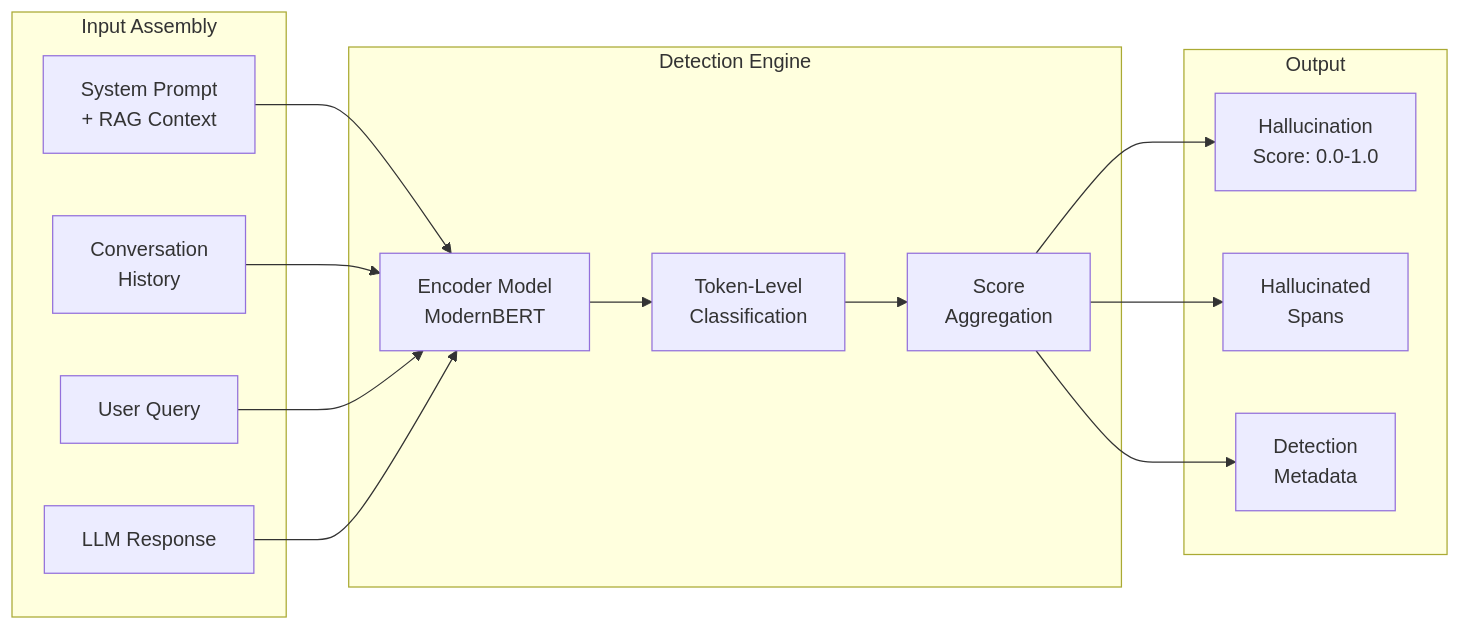
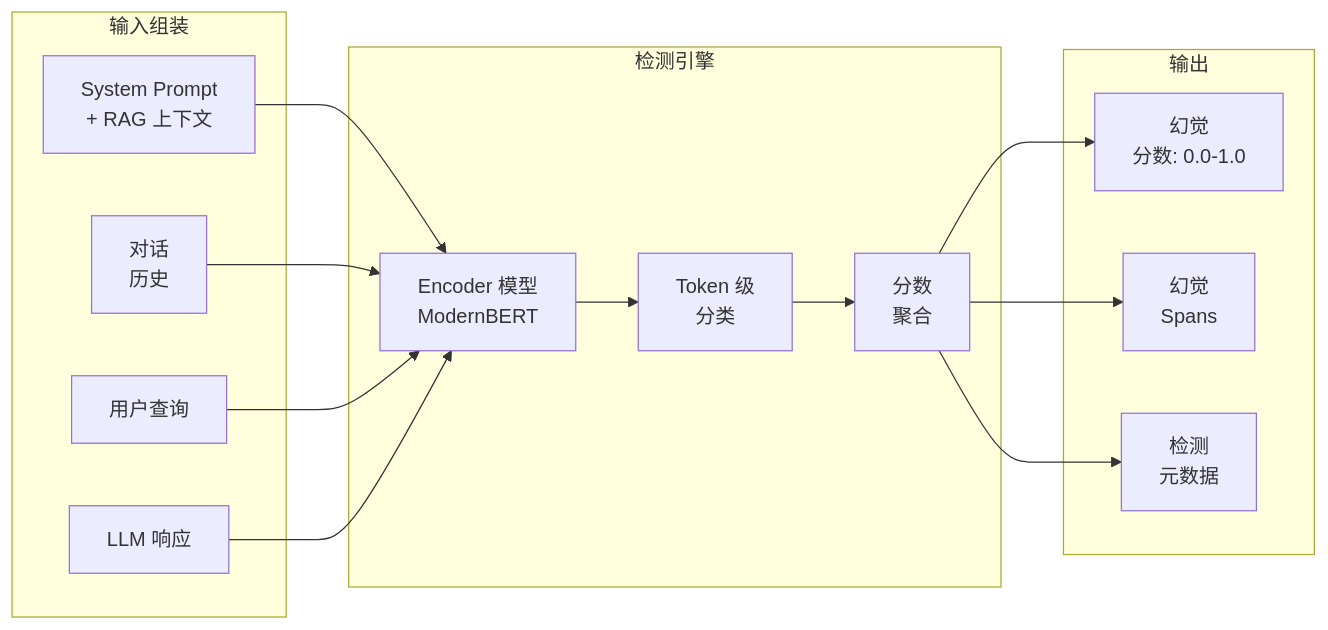
One commit to vllm-project/semantic-router changed the eighth of 14 diagrams in website/i18n/zh-Hans/docusaurus-plugin-content-docs/current/proposals/hallucination-mitigation-milestone.md. Above: the diagram before and after it, drawn with Mermaid. The commit also changed other lines of this file and 7 other files, not shown here.

````diff
--- a/website/i18n/zh-Hans/docusaurus-plugin-content-docs/current/proposals/hallucination-mitigation-milestone.md
+++ b/website/i18n/zh-Hans/docusaurus-plugin-content-docs/current/proposals/hallucination-mitigation-milestone.md
@@ -694,32 +702,32 @@
 ```mermaid
 flowchart LR
-    subgraph "Input Assembly"
-        SYS[System Prompt<br/>+ RAG Context]
-        HIST[Conversation<br/>History]
-        QUERY[User Query]
-        RESP[LLM Response]
+    subgraph "输入组装"
+        SYS[System Prompt<br/>+ RAG 上下文]
+        HIST[对话<br/>历史]
+        QUERY[用户查询]
+        RESP[LLM 响应]
     end
 
-    subgraph "Detection Engine"
-        ENCODE[Encoder Model<br/>ModernBERT]
-        TOKEN[Token-Level<br/>Classification]
-        AGG[Score<br/>Aggregation]
+    subgraph "检测引擎"
+        ENCODE[Encoder 模型<br/>ModernBERT]
+        TOKEN[Token 级<br/>分类]
+        AGG[分数<br/>聚合]
     end
 
-    subgraph "Output"
-        SCORE[Hallucination<br/>Score: 0.0-1.0]
-        SPANS[Hallucinated<br/>Spans]
-        META[Detection<br/>Metadata]
+    subgraph "输出"
+        SCORE[幻觉<br/>分数: 0.0-1.0]
+        SPANS[幻觉<br/>Spans]
+        META[检测<br/>元数据]
     end
 
     SYS --> ENCODE
     HIST --> ENCODE
     QUERY --> ENCODE
     RESP --> ENCODE
 
     ENCODE --> TOKEN --> AGG
 
     AGG --> SCORE
     AGG --> SPANS
     AGG --> META
 ```
````
